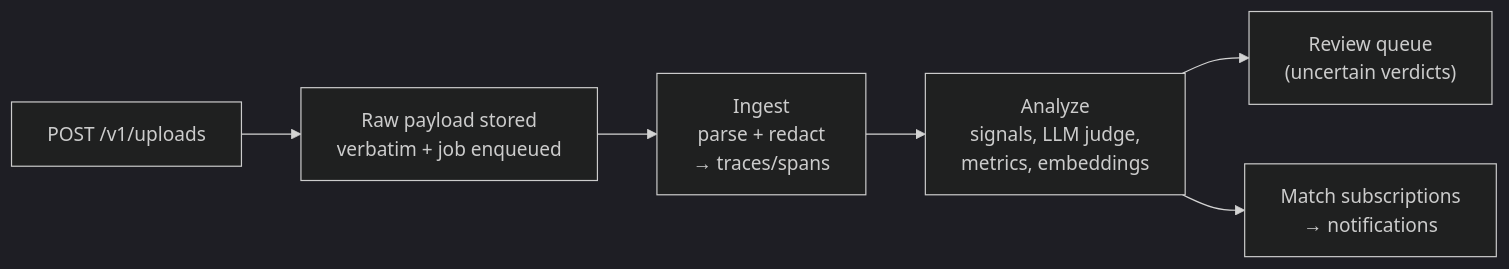
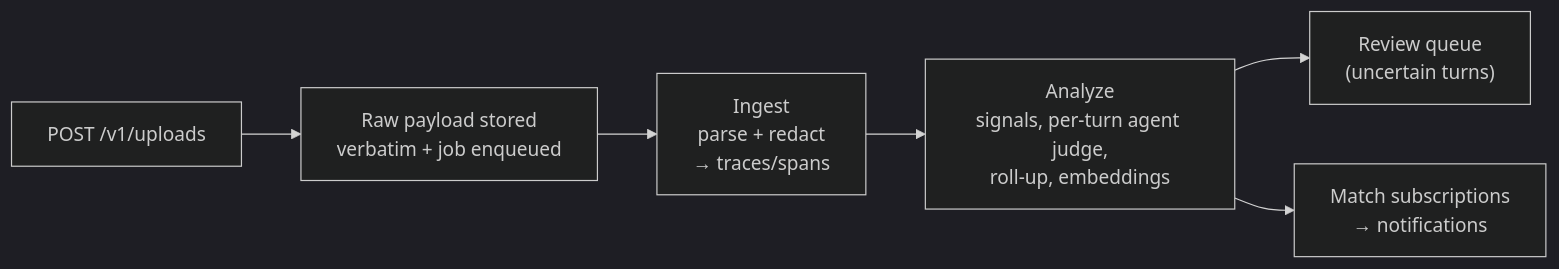
One commit to joel-ritossa/trace-marketplace changed the second of 2 diagrams in ARCHITECTURE.md. Above: the diagram before and after it, drawn with Mermaid (dark theme). The commit also changed other lines of this file and 33 other files, not shown here.

First line of the commit message:
Document the agent judge

````diff
--- a/ARCHITECTURE.md
+++ b/ARCHITECTURE.md
@@ -52,13 +52,13 @@
 ```mermaid
 flowchart LR
   up["POST /v1/uploads"]
   raw["Raw payload stored<br/>verbatim + job enqueued"]
   ing["Ingest<br/>parse + redact<br/>→ traces/spans"]
-  an["Analyze<br/>signals, LLM judge,<br/>metrics, embeddings"]
-  rev["Review queue<br/>(uncertain verdicts)"]
+  an["Analyze<br/>signals, per-turn agent judge,<br/>roll-up, embeddings"]
+  rev["Review queue<br/>(uncertain turns)"]
   match["Match subscriptions<br/>→ notifications"]
 
   up --> raw --> ing --> an
   an --> rev
   an --> match
 ```
````
